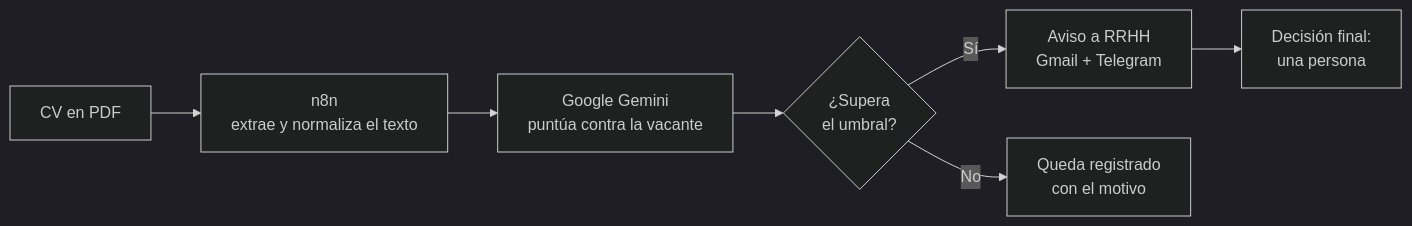
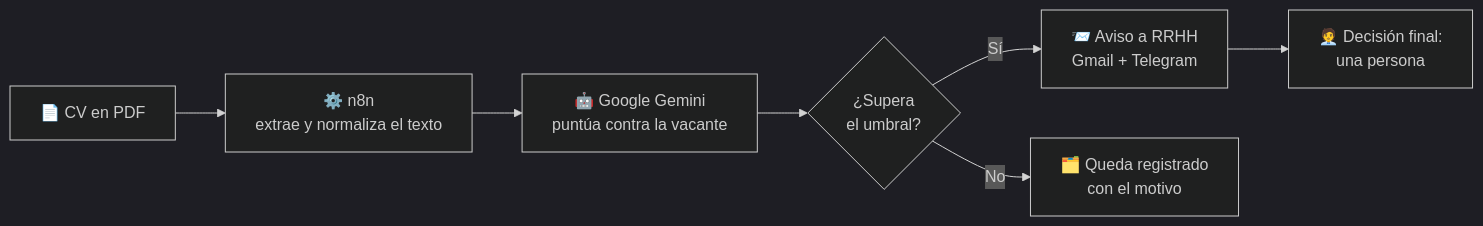
Before and after one commit to Eidan210/Eidan210: the diagram in README.md, drawn with Mermaid (dark theme). The commit also changed other lines of this file, not shown here.

````diff
--- a/README.md
+++ b/README.md
@@ -35,9 +80,9 @@
 ```mermaid
 flowchart LR
-    A["CV en PDF"] --> B["n8n<br/>extrae y normaliza el texto"]
-    B --> C["Google Gemini<br/>puntúa contra la vacante"]
+    A["📄 CV en PDF"] --> B["⚙️ n8n<br/>extrae y normaliza el texto"]
+    B --> C["🤖 Google Gemini<br/>puntúa contra la vacante"]
     C --> D{"¿Supera<br/>el umbral?"}
-    D -- Sí --> E["Aviso a RRHH<br/>Gmail + Telegram"]
-    D -- No --> F["Queda registrado<br/>con el motivo"]
-    E --> G["Decisión final:<br/>una persona"]
+    D -- Sí --> E["📨 Aviso a RRHH<br/>Gmail + Telegram"]
+    D -- No --> F["🗂️ Queda registrado<br/>con el motivo"]
+    E --> G["🧑‍💼 Decisión final:<br/>una persona"]
 ```
````
